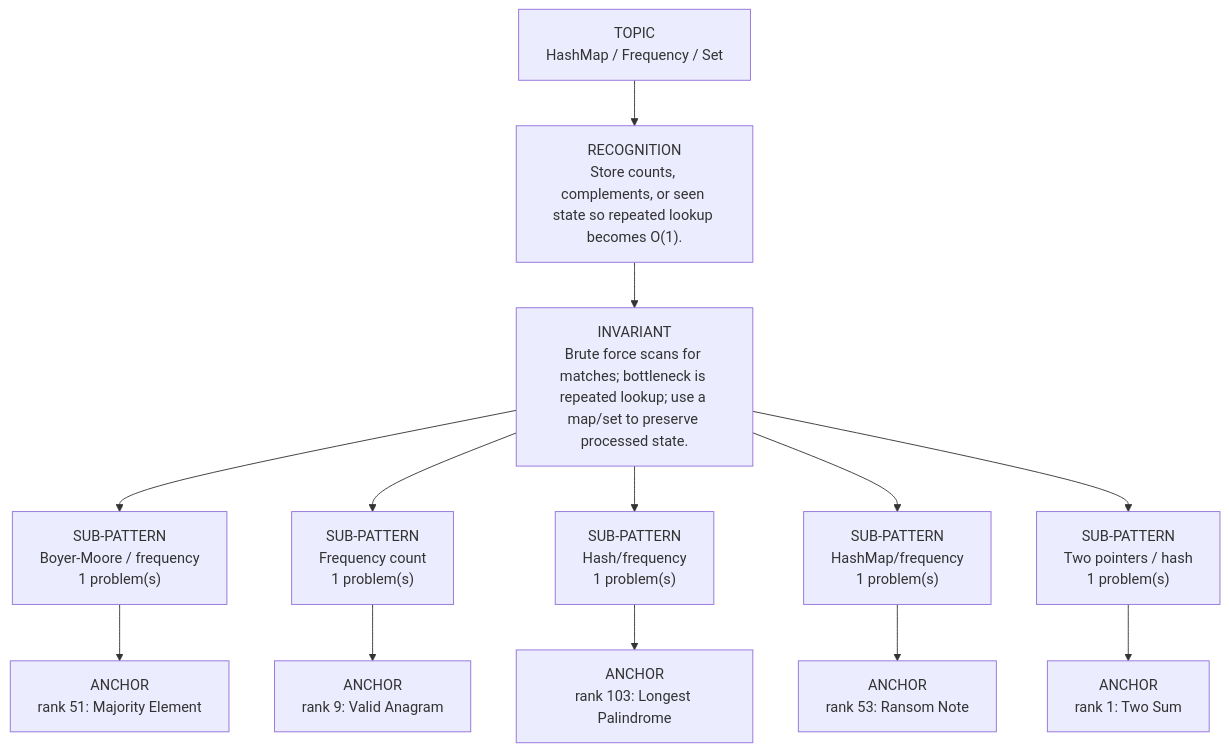
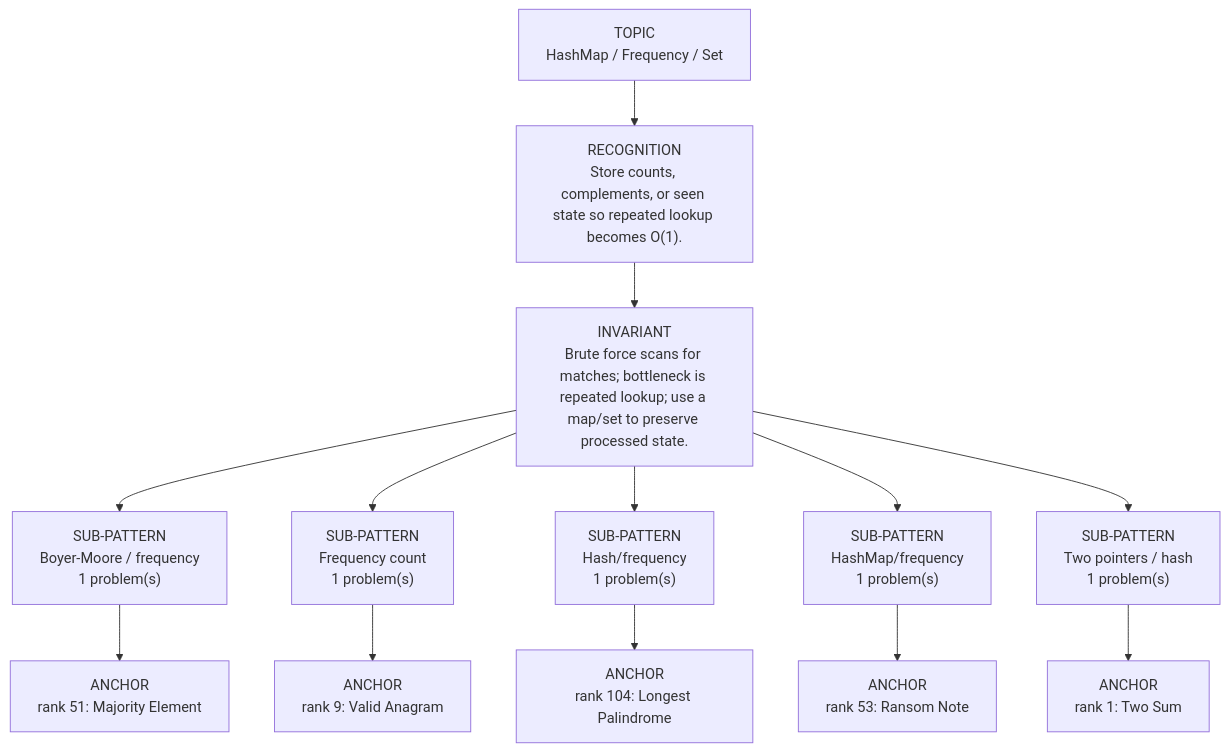
The diagram in dsa-review/interview/patterns/01_hashmap_hashset.md (thechiranjeevjain/DSA10days), drawn with Mermaid before and after one commit. The commit also changed other lines of this file and 61 other files, not shown here.

````diff
--- a/dsa-review/interview/patterns/01_hashmap_hashset.md
+++ b/dsa-review/interview/patterns/01_hashmap_hashset.md
@@ -15,17 +15,17 @@
 ```mermaid
 flowchart TD
   Topic["TOPIC<br/>HashMap / Frequency / Set"]
   Recognition["RECOGNITION<br/>Store counts, complements, or seen state so repeated lookup becomes O(1)."]
   Invariant["INVARIANT<br/>Brute force scans for matches; bottleneck is repeated lookup; use a map/set to preserve processed state."]
   Topic --> Recognition --> Invariant
   Invariant --> Sub01["SUB-PATTERN<br/>Boyer-Moore / frequency<br/>1 problem(s)"]
   Sub01 --> Sub01A01["ANCHOR<br/>rank 51: Majority Element"]
   Invariant --> Sub02["SUB-PATTERN<br/>Frequency count<br/>1 problem(s)"]
   Sub02 --> Sub02A01["ANCHOR<br/>rank 9: Valid Anagram"]
   Invariant --> Sub03["SUB-PATTERN<br/>Hash/frequency<br/>1 problem(s)"]
-  Sub03 --> Sub03A01["ANCHOR<br/>rank 103: Longest Palindrome"]
+  Sub03 --> Sub03A01["ANCHOR<br/>rank 104: Longest Palindrome"]
   Invariant --> Sub04["SUB-PATTERN<br/>HashMap/frequency<br/>1 problem(s)"]
   Sub04 --> Sub04A01["ANCHOR<br/>rank 53: Ransom Note"]
   Invariant --> Sub05["SUB-PATTERN<br/>Two pointers / hash<br/>1 problem(s)"]
   Sub05 --> Sub05A01["ANCHOR<br/>rank 1: Two Sum"]
 ```
````
